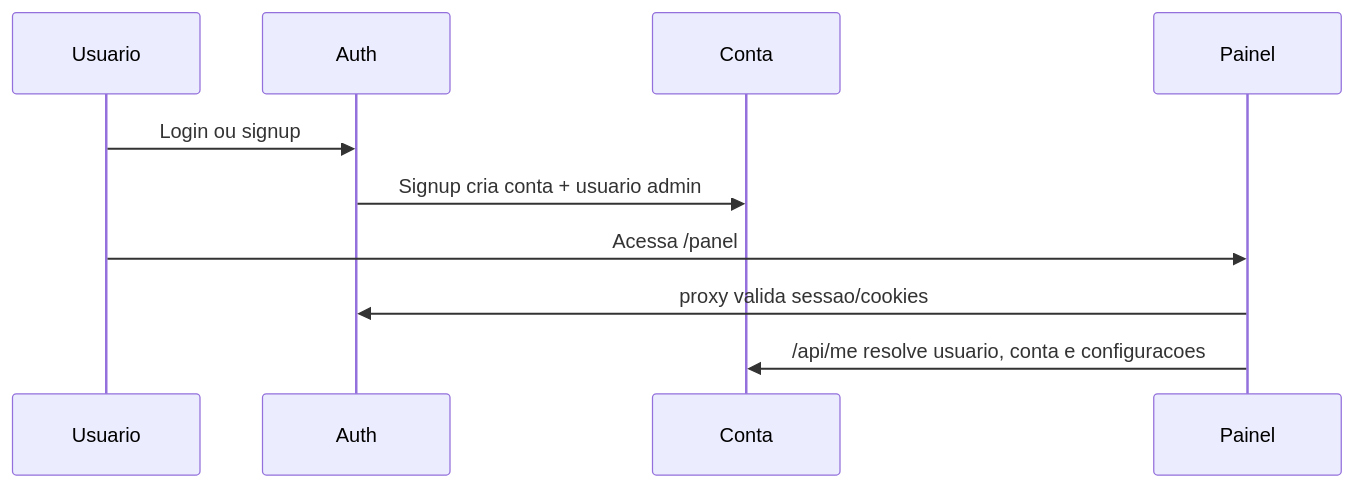
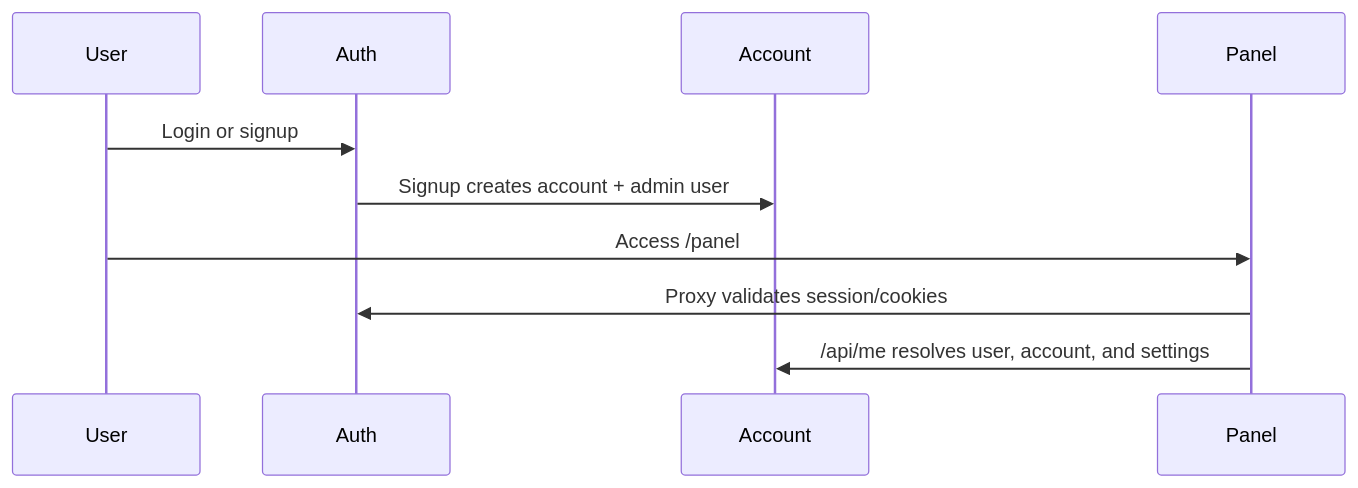
The second of 3 diagrams in README.md (bitbloomai/Plataforma_PDR_Hub), drawn with Mermaid before and after one commit. The commit also changed other lines of this file, not shown here.

````diff
--- a/README.md
+++ b/README.md
@@ -67,13 +67,13 @@
 ```mermaid
 sequenceDiagram
-  participant U as Usuario
+  participant U as User
   participant A as Auth
-  participant C as Conta
-  participant P as Painel
+  participant C as Account
+  participant P as Panel
 
-  U->>A: Login ou signup
-  A->>C: Signup cria conta + usuario admin
-  U->>P: Acessa /panel
-  P->>A: proxy valida sessao/cookies
-  P->>C: /api/me resolve usuario, conta e configuracoes
+  U->>A: Login or signup
+  A->>C: Signup creates account + admin user
+  U->>P: Access /panel
+  P->>A: Proxy validates session/cookies
+  P->>C: /api/me resolves user, account, and settings
 ```
````
